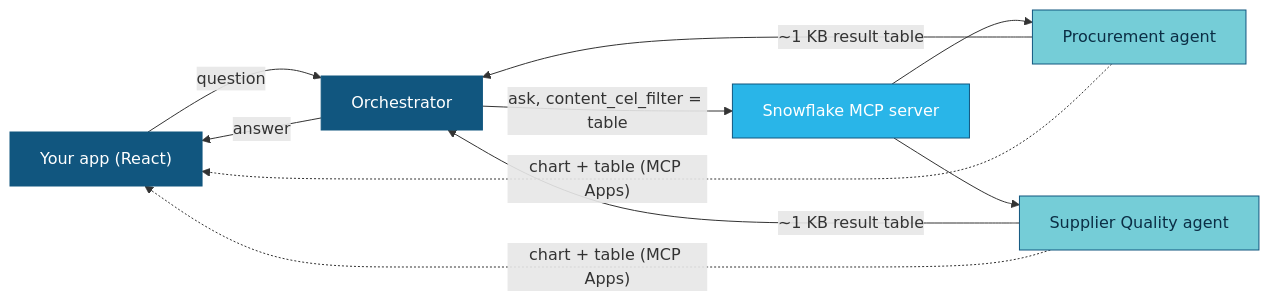
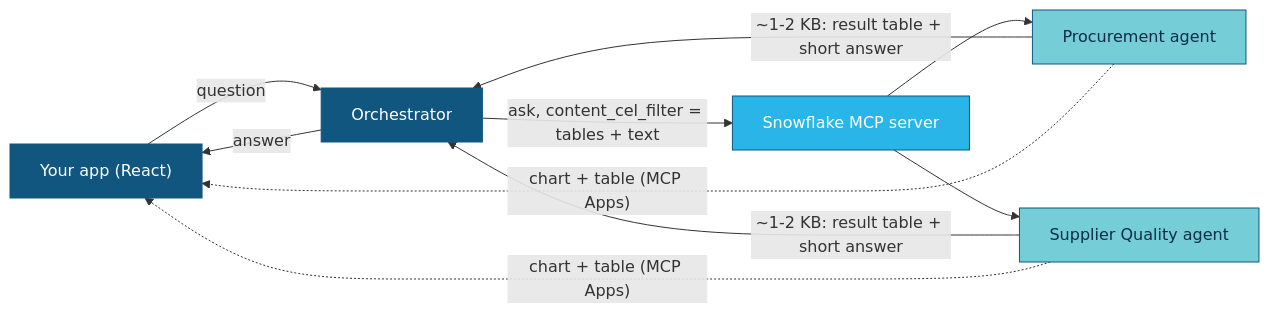
One commit to sfc-gh-hmassa/cortex-multi-agent-mcp changed the second of 3 diagrams in README.md. Above: the diagram before and after it, drawn with Mermaid. The commit also changed other lines of this file and 18 other files, not shown here.

Commit message:
Hand-written SQL steps, specialists discovered from the MCP server, tables+text filter, final benchmark

````diff
--- a/README.md
+++ b/README.md
@@ -47,17 +56,17 @@
 ```mermaid
 flowchart LR
     App["Your app (React)"] -->|question| O[Orchestrator]
-    O -->|"ask, content_cel_filter = table"| MCP["Snowflake MCP server"]
+    O -->|"ask, content_cel_filter = tables + text"| MCP["Snowflake MCP server"]
     MCP --> P[Procurement agent]
     MCP --> Q[Supplier Quality agent]
-    P -->|"~1 KB result table"| O
-    Q -->|"~1 KB result table"| O
+    P -->|"~1-2 KB: result table + short answer"| O
+    Q -->|"~1-2 KB: result table + short answer"| O
     O -->|answer| App
     P -.->|"chart + table (MCP Apps)"| App
     Q -.->|"chart + table (MCP Apps)"| App
     style P fill:#75CDD7,stroke:#11567F,color:#0B2E45
     style Q fill:#75CDD7,stroke:#11567F,color:#0B2E45
     style MCP fill:#29B5E8,stroke:#11567F,color:#fff
     style O fill:#11567F,stroke:#11567F,color:#fff
     style App fill:#11567F,stroke:#11567F,color:#fff
 ```
````
